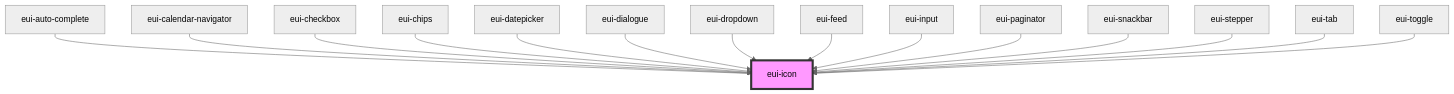
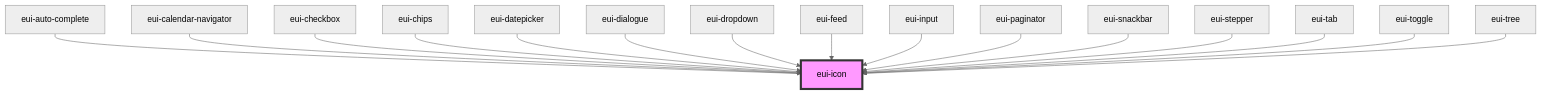
The diagram in ensemble-ui/src/components/icon/readme.md (pnd-amirhosein/U_and_I), drawn with Mermaid (neutral theme) before and after one commit. The commit also changed other lines of this file and 17 other files, not shown here.

````diff
--- a/ensemble-ui/src/components/icon/readme.md
+++ b/ensemble-ui/src/components/icon/readme.md
@@ -37,18 +38,19 @@
 ```mermaid
 graph TD;
   eui-auto-complete --> eui-icon
   eui-calendar-navigator --> eui-icon
   eui-checkbox --> eui-icon
   eui-chips --> eui-icon
   eui-datepicker --> eui-icon
   eui-dialogue --> eui-icon
   eui-dropdown --> eui-icon
   eui-feed --> eui-icon
   eui-input --> eui-icon
   eui-paginator --> eui-icon
   eui-snackbar --> eui-icon
   eui-stepper --> eui-icon
   eui-tab --> eui-icon
   eui-toggle --> eui-icon
+  eui-tree --> eui-icon
   style eui-icon fill:#f9f,stroke:#333,stroke-width:4px
 ```
````
